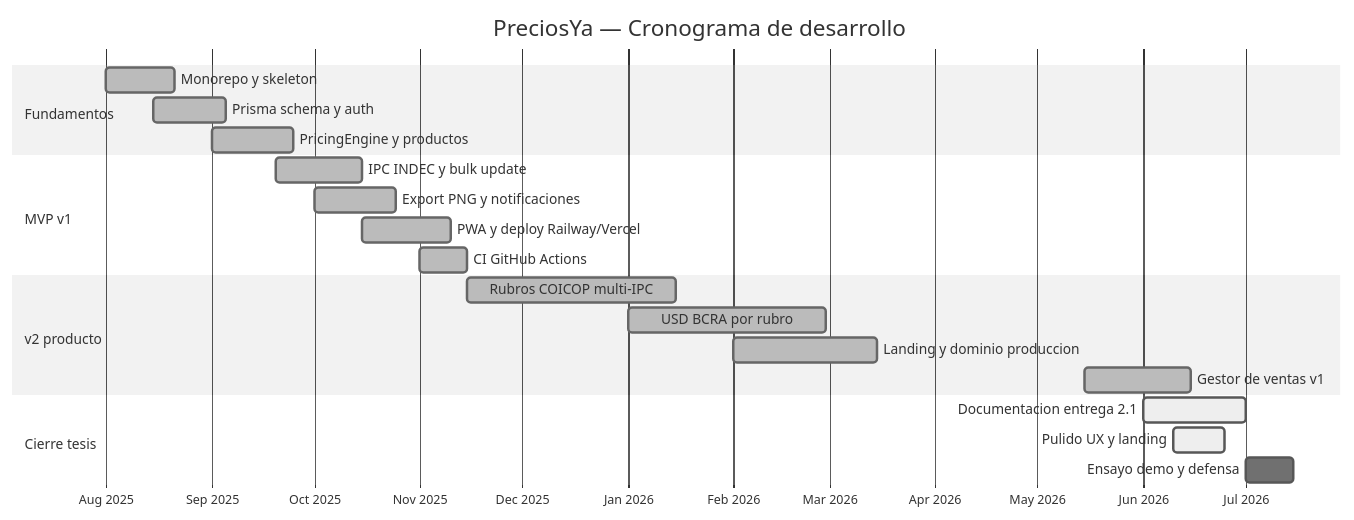
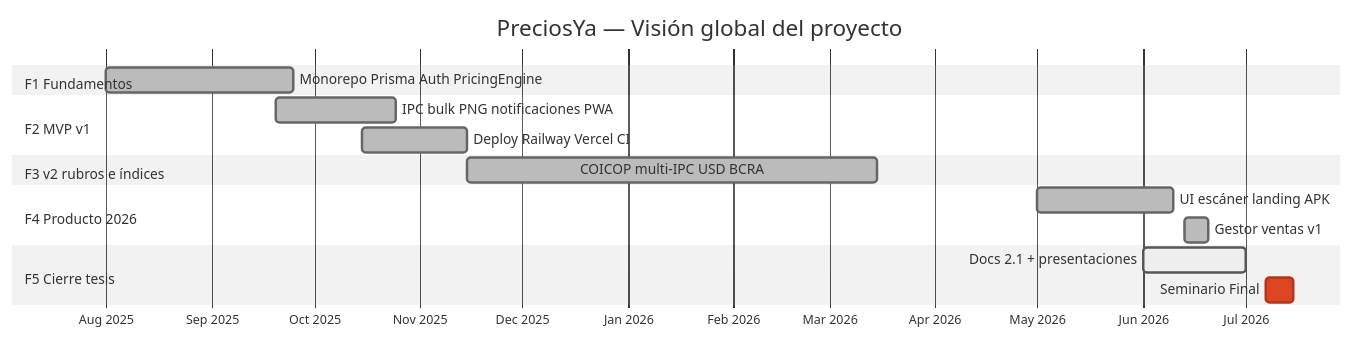
Before and after one commit to ELautax/PreciosYa: the second of 2 diagrams in docs/entrega/GANTT.md, drawn with Mermaid (neutral theme). The commit also changed other lines of this file and 13 other files, not shown here.

````diff
--- a/docs/entrega/GANTT.md
+++ b/docs/entrega/GANTT.md
@@ -7,28 +65,24 @@
 ```mermaid
 gantt
-  title PreciosYa — Cronograma de desarrollo
+  title PreciosYa — Visión global del proyecto
   dateFormat YYYY-MM-DD
   axisFormat %b %Y
 
-  section Fundamentos
-  Monorepo y skeleton           :done, f1, 2025-08-01, 2025-08-21
-  Prisma schema y auth          :done, f2, 2025-08-15, 2025-09-05
-  PricingEngine y productos     :done, f3, 2025-09-01, 2025-09-25
+  section F1 Fundamentos
+  Monorepo Prisma Auth PricingEngine     :done, 2025-08-01, 2025-09-25
 
-  section MVP v1
-  IPC INDEC y bulk update       :done, m1, 2025-09-20, 2025-10-15
-  Export PNG y notificaciones   :done, m2, 2025-10-01, 2025-10-25
-  PWA y deploy Railway/Vercel   :done, m3, 2025-10-15, 2025-11-10
-  CI GitHub Actions             :done, m4, 2025-11-01, 2025-11-15
+  section F2 MVP v1
+  IPC bulk PNG notificaciones PWA        :done, 2025-09-20, 2025-10-25
+  Deploy Railway Vercel CI                 :done, 2025-10-15, 2025-11-15
 
-  section v2 producto
-  Rubros COICOP multi-IPC       :done, v1, 2025-11-15, 2026-01-15
-  USD BCRA por rubro            :done, v2, 2026-01-01, 2026-02-28
-  Landing y dominio produccion  :done, v3, 2026-02-01, 2026-03-15
-  Gestor de ventas v1           :done, v4, 2026-05-15, 2026-06-15
+  section F3 v2 rubros e índices
+  COICOP multi-IPC USD BCRA              :done, 2025-11-15, 2026-03-15
 
-  section Cierre tesis
-  Documentacion entrega 2.1     :active, t1, 2026-06-01, 2026-07-01
-  Pulido UX y landing           :active, t2, 2026-06-10, 2026-06-25
-  Ensayo demo y defensa         :t3, 2026-07-01, 2026-07-15
+  section F4 Producto 2026
+  UI escáner landing APK                 :done, 2026-05-01, 2026-06-10
+  Gestor ventas v1                       :done, 2026-06-13, 2026-06-20
+
+  section F5 Cierre tesis
+  Docs 2.1 + presentaciones              :active, 2026-06-01, 2026-07-01
+  Seminario Final                        :crit, 2026-07-07, 2026-07-15
 ```
````
